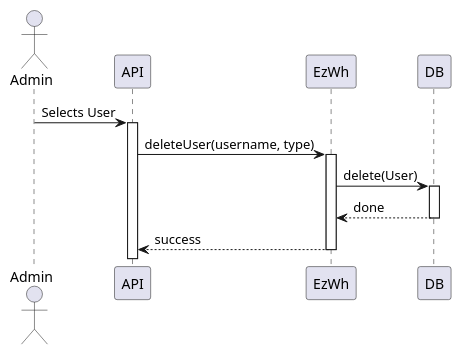
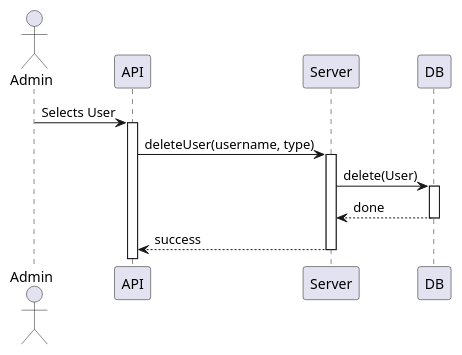
Before and after one commit to flaviociravegna/softeng-ezwh: the seventh of 10 diagrams in DesignDocument.md, drawn with PlantUML. The commit also changed other lines of this file, not shown here.

````diff
--- a/DesignDocument.md
+++ b/DesignDocument.md
@@ -506,13 +507,13 @@
 ```plantuml
 @startuml
 autoactivate on
 actor Admin
 Admin -> API : Selects User
-API -> EzWh : deleteUser(username, type)
+API -> Server : deleteUser(username, type)
 
-EzWh -> DB : delete(User)
+Server -> DB : delete(User)
 return done
 
 return success
 @enduml
 ```
````
